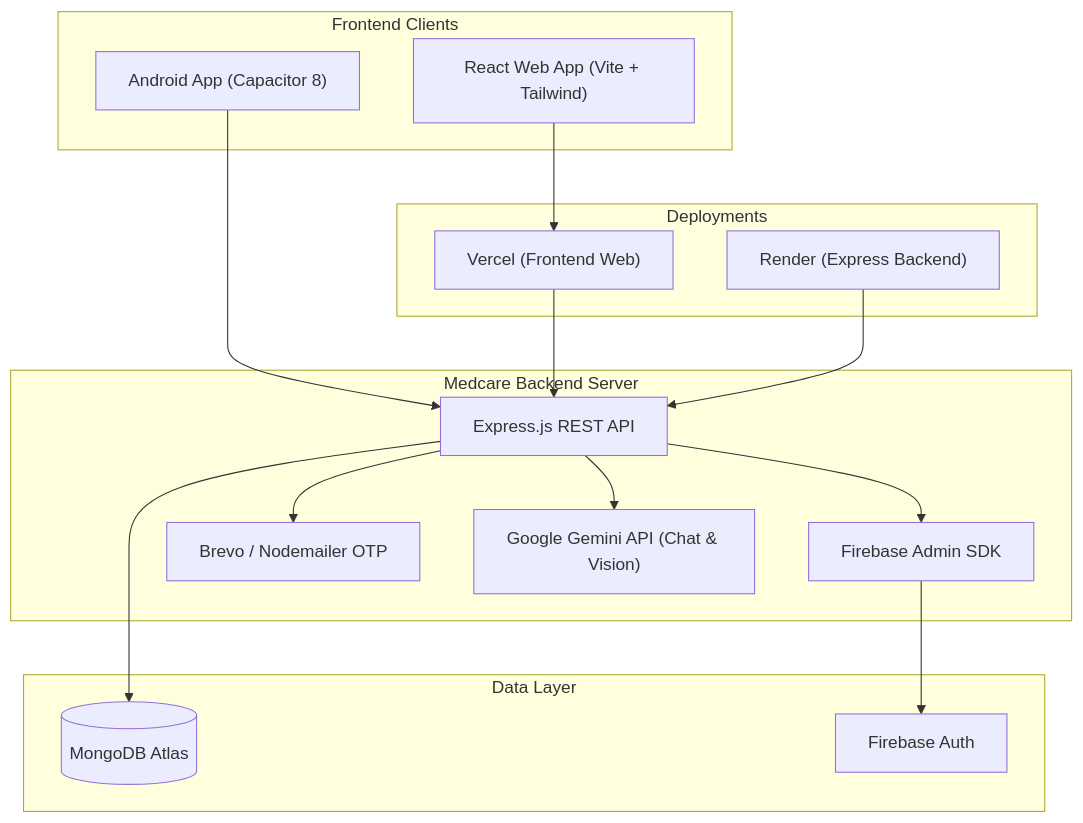
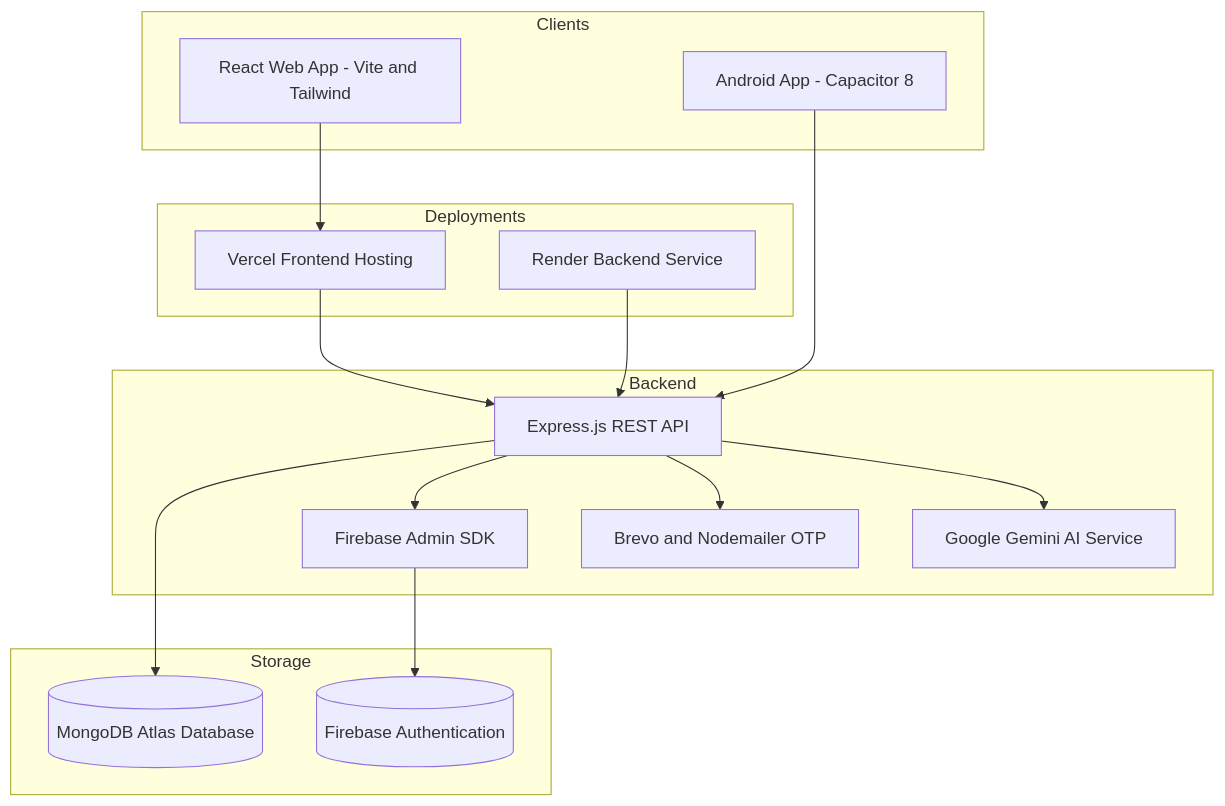
One commit to laxmankundekar85-dev/medcare-app changed the diagram in README.md. Above: the diagram before and after it, drawn with Mermaid. The commit also changed other lines of this file, not shown here.

Commit message:
Fix GitHub mermaid diagram rendering syntax in README

````diff
--- a/README.md
+++ b/README.md
@@ -81,35 +81,35 @@
 ```mermaid
-flowchart TD
-    subgraph Clients["Frontend Clients"]
-        WEB["React Web App (Vite + Tailwind)"]
-        MOBILE["Android App (Capacitor 8)"]
+graph TD
+    subgraph Clients
+        WEB[React Web App - Vite and Tailwind]
+        MOBILE[Android App - Capacitor 8]
     end
 
-    subgraph Hosting["Deployments"]
-        VERCEL["Vercel (Frontend Web)"]
-        RENDER["Render (Express Backend)"]
+    subgraph Deployments
+        VERCEL[Vercel Frontend Hosting]
+        RENDER[Render Backend Service]
     end
 
-    subgraph Backend["Medcare Backend Server"]
-        API["Express.js REST API"]
-        AUTH_ROUTER["Firebase Admin SDK"]
-        EMAIL["Brevo / Nodemailer OTP"]
-        AI_SVC["Google Gemini API (Chat & Vision)"]
+    subgraph Backend
+        API[Express.js REST API]
+        AUTH_ROUTER[Firebase Admin SDK]
+        EMAIL[Brevo and Nodemailer OTP]
+        AI_SVC[Google Gemini AI Service]
     end
 
-    subgraph Database["Data Layer"]
-        MONGO[("MongoDB Atlas")]
-        FB_AUTH["Firebase Auth"]
+    subgraph Storage
+        MONGO[(MongoDB Atlas Database)]
+        FB_AUTH[(Firebase Authentication)]
     end
 
     WEB --> VERCEL
+    VERCEL --> API
     MOBILE --> API
-    VERCEL --> API
     RENDER --> API
 
     API --> MONGO
     API --> AUTH_ROUTER
     AUTH_ROUTER --> FB_AUTH
     API --> EMAIL
     API --> AI_SVC
 ```
````
